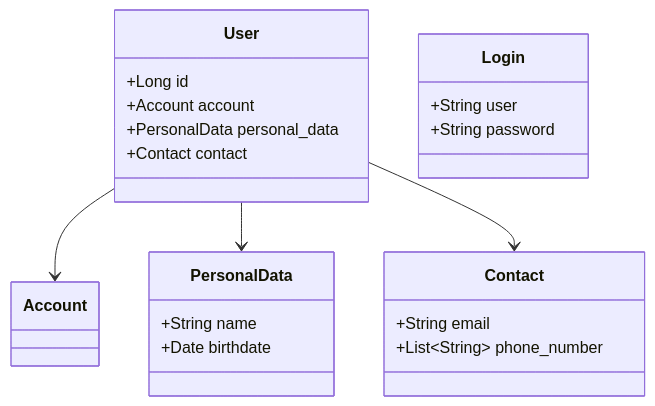
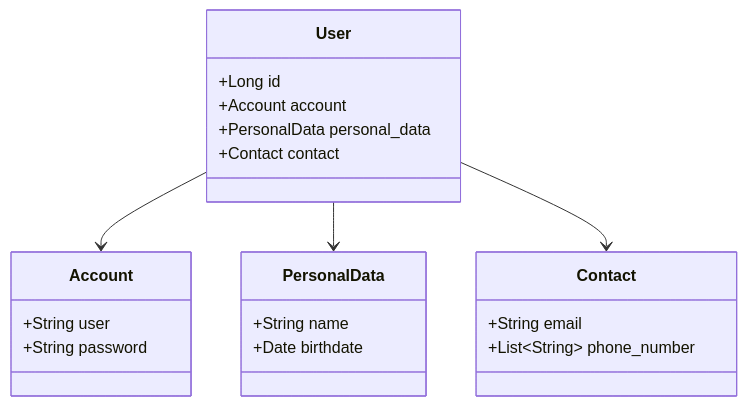
Before and after one commit to JohnnyHamano/dio-lab-api-rest-cloud: the first of 3 diagrams in README.md, drawn with Mermaid.

Commit message:
Fixed Account class name in diagram

````diff
--- a/README.md
+++ b/README.md
@@ -8,28 +8,28 @@
 ```mermaid
 classDiagram
     class User {
         +Long id
         +Account account
         +PersonalData personal_data
         +Contact contact
     }
 
-    class Login {
+    class Account {
         +String user
         +String password
     }
 
     class PersonalData {
         +String name
         +Date birthdate
     }
 
     class Contact {
         +String email
         +List~String~ phone_number
     }
 
     User --> Account
     User --> PersonalData
     User --> Contact
 ```
````
